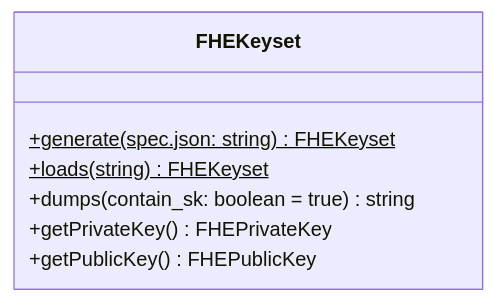
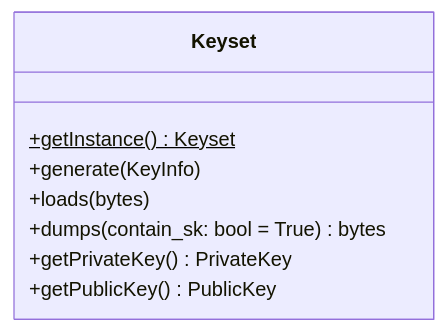
The third of 7 diagrams in docs/design/binding.md (primus-labs/Aegis), drawn with Mermaid before and after one commit. The commit also changed other lines of this file, not shown here.

````diff
--- a/docs/design/binding.md
+++ b/docs/design/binding.md
@@ -66,10 +80,11 @@
 ```mermaid {align="center"}
 classDiagram
-  class FHEKeyset {
-    +generate(spec.json: string) FHEKeyset$
-    +loads(string) FHEKeyset$
-    +dumps(contain_sk: boolean = true) string
-    +getPrivateKey() FHEPrivateKey
-    +getPublicKey() FHEPublicKey
+  class Keyset {
+    +getInstance() Keyset$
+    +generate(KeyInfo)
+    +loads(bytes)
+    +dumps(contain_sk: bool = True) bytes
+    +getPrivateKey() PrivateKey
+    +getPublicKey() PublicKey
   }
 ```
````
